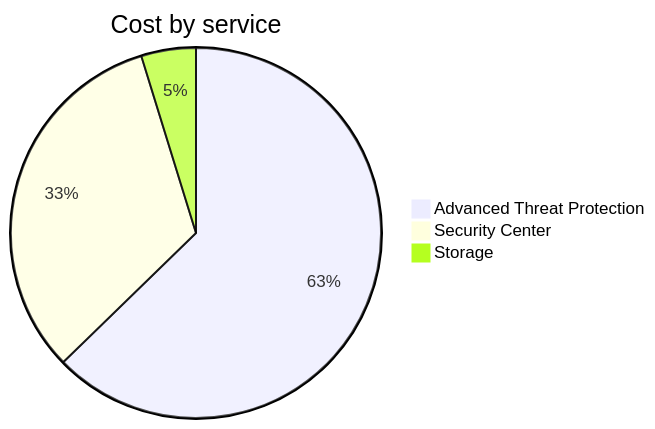
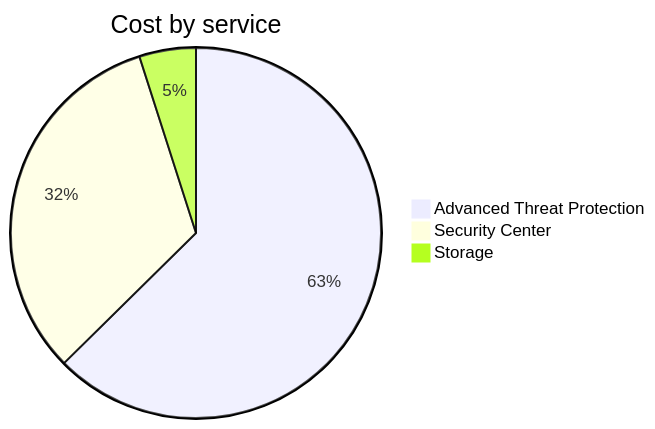
One commit to jpfulton/azure-personal-reports changed the second of 4 diagrams in cost-reports/cloud-shell-storage-eastus/README.md. Above: the diagram before and after it, drawn with Mermaid. The commit also changed other lines of this file and 1 other file, not shown here.

````diff
--- a/cost-reports/cloud-shell-storage-eastus/README.md
+++ b/cost-reports/cloud-shell-storage-eastus/README.md
@@ -95,7 +95,7 @@
 ```mermaid
 pie
    title Cost by service
    "Advanced Threat Protection" : 3.55
    "Security Center" : 1.84
-   "Storage" : 0.27
+   "Storage" : 0.28
 ```
````
